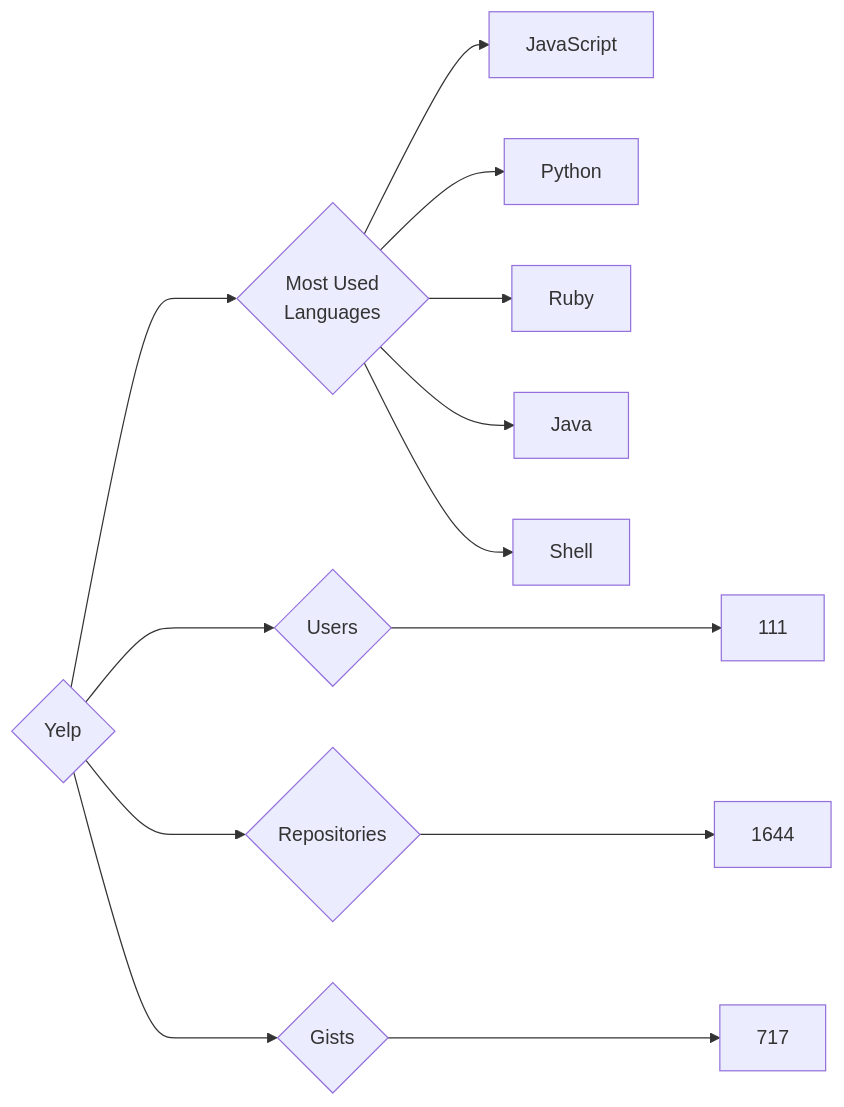
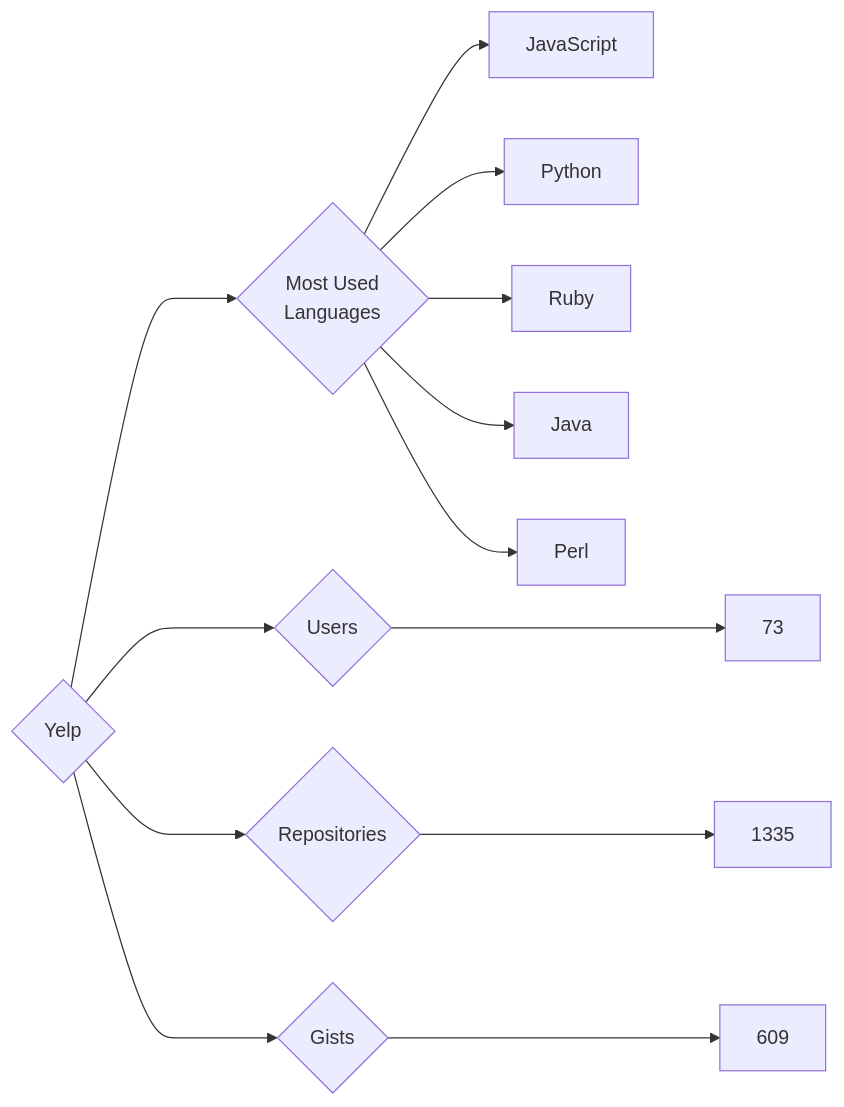
The diagram in targets/Yelp/README.md (trickest/insiders), drawn with Mermaid before and after one commit. The commit also changed 814 other files, not shown here.

````diff
--- a/targets/Yelp/README.md
+++ b/targets/Yelp/README.md
@@ -3,13 +3,13 @@
 ```mermaid
 graph LR
 COMPANY_NAME{Yelp}
-COMPANY_NAME ---> U{Users} ---> UN[111]
-COMPANY_NAME ---> R{Repositories} ---> RN[1644]
-COMPANY_NAME ---> G{Gists} ---> GN[717]
+COMPANY_NAME ---> U{Users} ---> UN[73]
+COMPANY_NAME ---> R{Repositories} ---> RN[1335]
+COMPANY_NAME ---> G{Gists} ---> GN[609]
 COMPANY_NAME ---> ML{Most Used<br>Languages}
 ML --> JavaScript[JavaScript]
 ML --> Python[Python]
 ML --> Ruby[Ruby]
 ML --> Java[Java]
-ML --> Shell[Shell]
+ML --> Perl[Perl]
 ```
````
